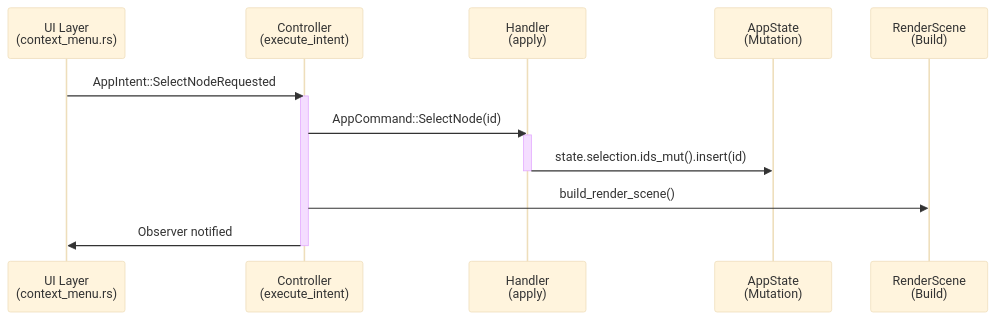
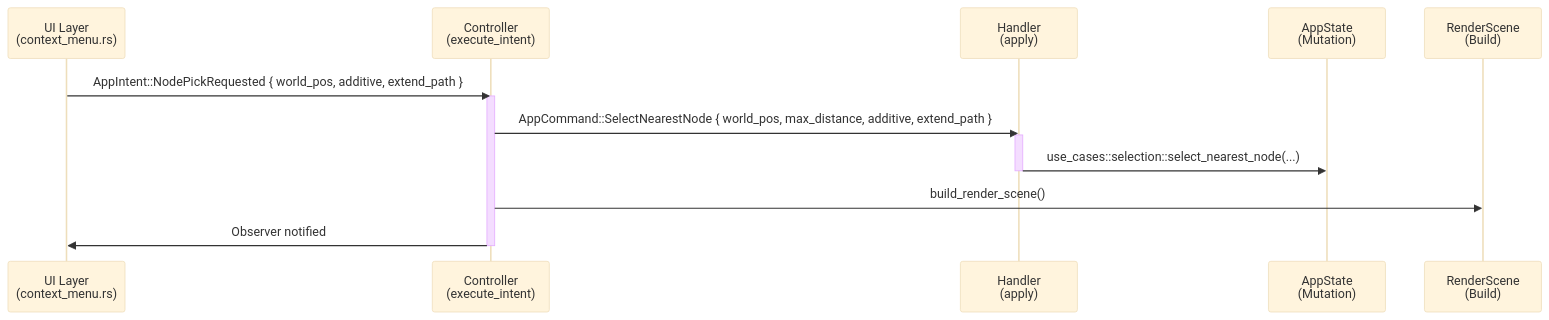
One commit to mro68/fs25_ad_editor changed the seventh of 8 diagrams in docs/ARCHITECTURE_PLAN.md. Above: the diagram before and after it, drawn with Mermaid (base theme). The commit also changed other lines of this file and 83 other files, not shown here.

````diff
--- a/docs/ARCHITECTURE_PLAN.md
+++ b/docs/ARCHITECTURE_PLAN.md
@@ -574,18 +577,18 @@
 ```mermaid
 sequenceDiagram
 participant UI as UI Layer<br/>(context_menu.rs)
 participant CTRL as Controller<br/>(execute_intent)
 participant HAND as Handler<br/>(apply)
 participant STATE as AppState<br/>(Mutation)
 participant SCENE as RenderScene<br/>(Build)
 
-UI->>CTRL: AppIntent::SelectNodeRequested
+UI->>CTRL: AppIntent::NodePickRequested { world_pos, additive, extend_path }
 activate CTRL
-CTRL->>HAND: AppCommand::SelectNode(id)
+CTRL->>HAND: AppCommand::SelectNearestNode { world_pos, max_distance, additive, extend_path }
 activate HAND
-HAND->>STATE: state.selection.ids_mut().insert(id)
+HAND->>STATE: use_cases::selection::select_nearest_node(...)
 deactivate HAND
 CTRL->>SCENE: build_render_scene()
 CTRL->>UI: Observer notified
 deactivate CTRL
 ```
````
